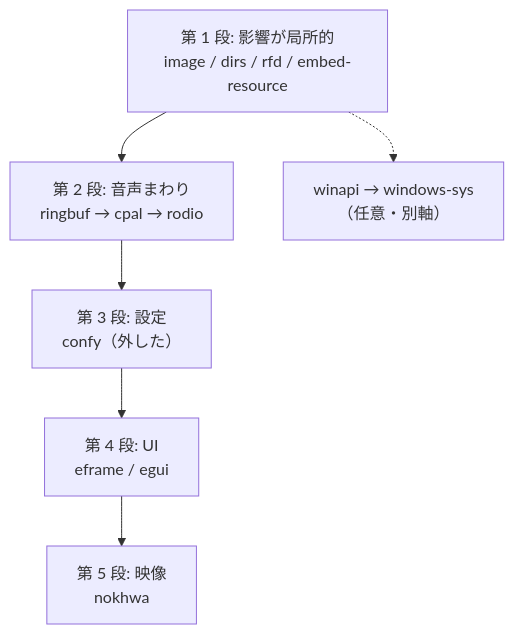
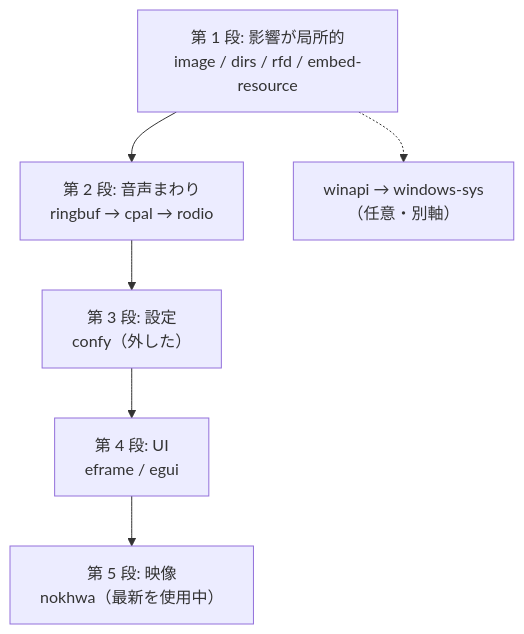
Before and after one commit to Mui-MuiMui/Capturecard_Viewer: the diagram in docs/DEPENDENCIES.md, drawn with Mermaid. The commit also changed other lines of this file, not shown here.

````diff
--- a/docs/DEPENDENCIES.md
+++ b/docs/DEPENDENCIES.md
@@ -125,13 +126,13 @@
 ```mermaid
 flowchart TD
     A["第 1 段: 影響が局所的<br/>image / dirs / rfd / embed-resource"]
     B["第 2 段: 音声まわり<br/>ringbuf → cpal → rodio"]
     C["第 3 段: 設定<br/>confy（外した）"]
     D["第 4 段: UI<br/>eframe / egui"]
-    E["第 5 段: 映像<br/>nokhwa"]
+    E["第 5 段: 映像<br/>nokhwa（最新を使用中）"]
     F["winapi → windows-sys<br/>（任意・別軸）"]
 
     A --> B --> C --> D
     D --> E
     A -.-> F
 ```
````
